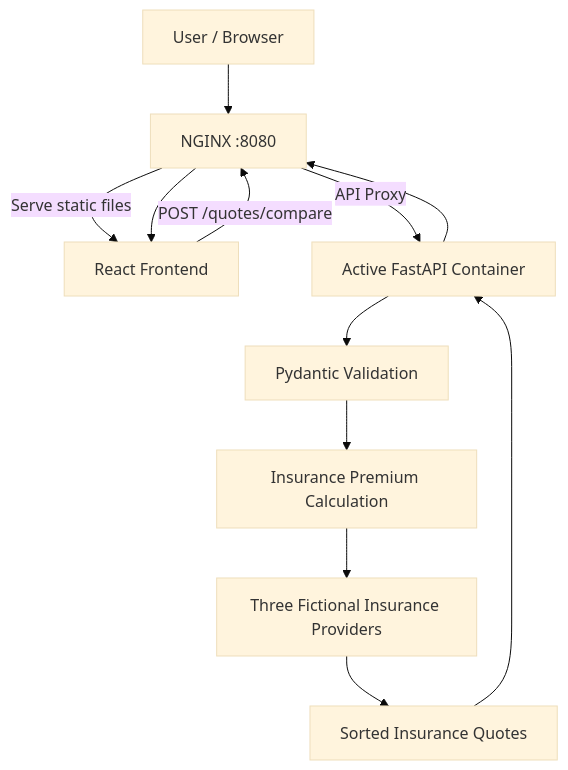
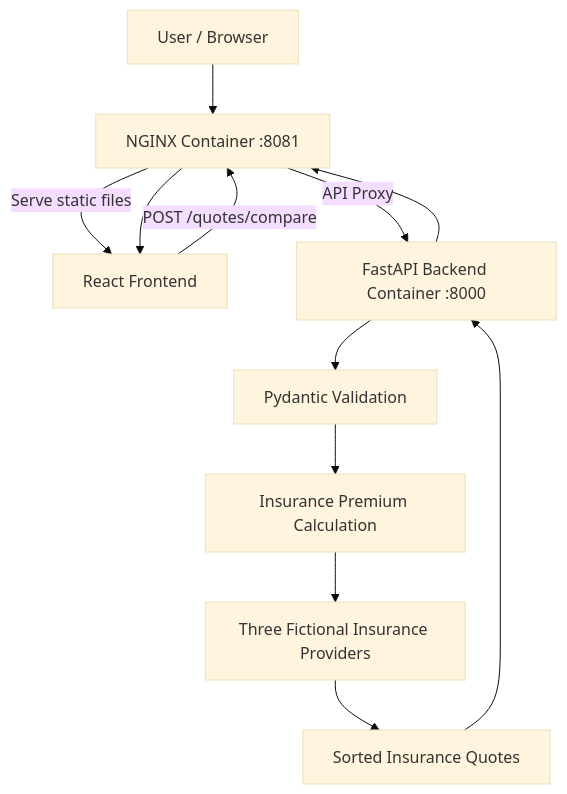
Before and after one commit to imtiaz04/autoquote-platform: the first of 5 diagrams in README.md, drawn with Mermaid (base theme). The commit also changed other lines of this file, not shown here.

Commit message:
Update README with current AutoQuote architecture and CI/CD documentation

````diff
--- a/README.md
+++ b/README.md
@@ -104,24 +113,24 @@
 ```mermaid
 flowchart TD
-    A["User / Browser"] --> B["NGINX :8080"]
+    A["User / Browser"] --> B["NGINX Container :8081"]
 
     B -->|"Serve static files"| C["React Frontend"]
 
     C -->|"POST /quotes/compare"| B
 
-    B -->|"API Proxy"| D["Active FastAPI Container"]
+    B -->|"API Proxy"| D["FastAPI Backend Container :8000"]
 
     D --> E["Pydantic Validation"]
 
     E --> F["Insurance Premium Calculation"]
 
     F --> G["Three Fictional Insurance Providers"]
 
     G --> H["Sorted Insurance Quotes"]
 
     H --> D
 
     D --> B
 
     B --> C
 ```
````
